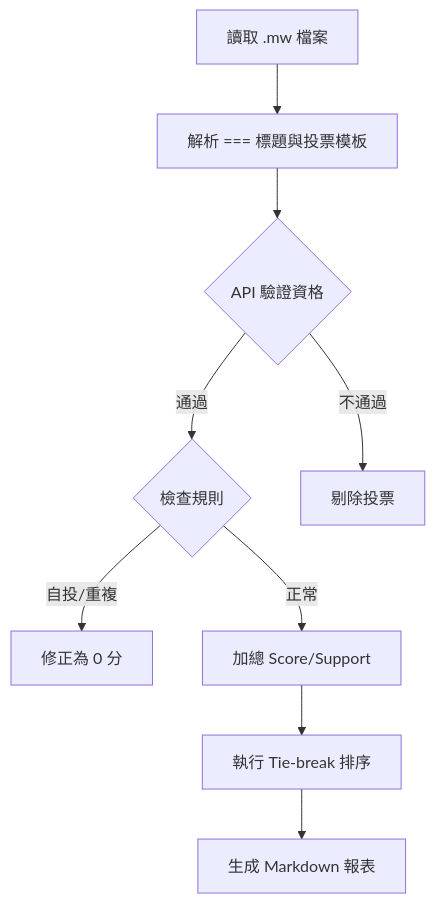
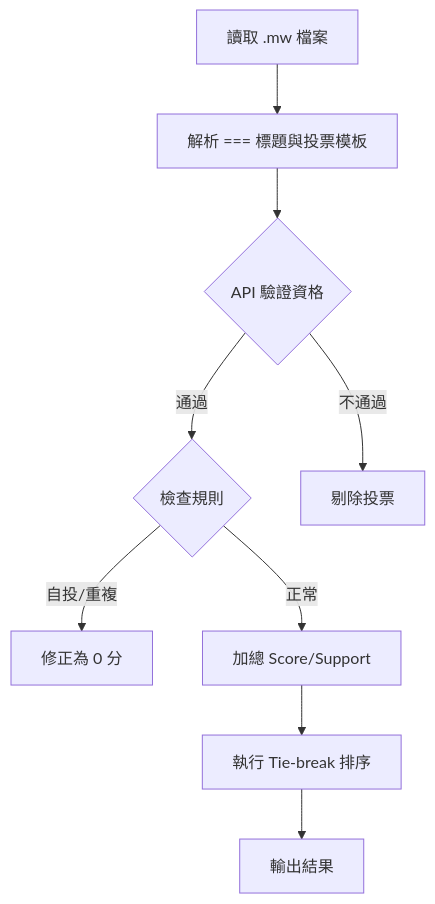
Before and after one commit to Taiwania/photo-challenge-scoring: the diagram in Readme.md, drawn with Mermaid.

````diff
--- a/Readme.md
+++ b/Readme.md
@@ -29,11 +29,11 @@
 ```mermaid
 graph TD
     Start[讀取 .mw 檔案] --> Parse[解析 === 標題與投票模板]
     Parse --> API_Check{API 驗證資格}
     API_Check -- 通過 --> Logic{檢查規則}
     API_Check -- 不通過 --> Discard[剔除投票]
     Logic -- 自投/重複 --> Modify[修正為 0 分]
     Logic -- 正常 --> Calc[加總 Score/Support]
     Calc --> Sort[執行 Tie-break 排序]
-    Sort --> Output[生成 Markdown 報表]
+    Sort --> Output[輸出結果]
 ```
````
